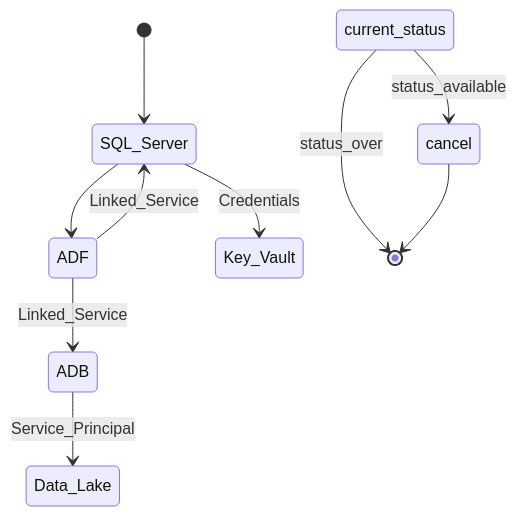
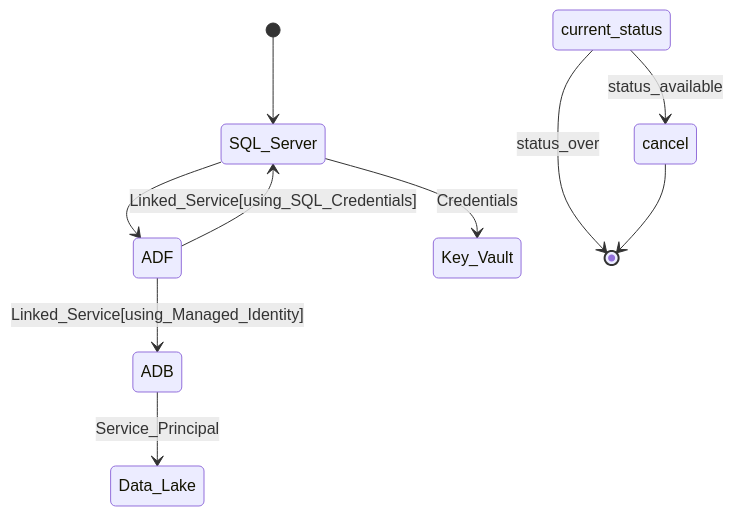
One commit to vijganji99/strada-DE-Infra changed the diagram in README.md. Above: the diagram before and after it, drawn with Mermaid.

````diff
--- a/README.md
+++ b/README.md
@@ -16,12 +16,12 @@
 ```mermaid
 stateDiagram-v2
     [*] --> SQL_Server
     SQL_Server --> ADF
     SQL_Server --> Key_Vault:Credentials 
-    ADF --> SQL_Server:Linked_Service
-    ADF --> ADB:Linked_Service
+    ADF --> SQL_Server:Linked_Service[using_SQL_Credentials]
+    ADF --> ADB:Linked_Service[using_Managed_Identity]
     ADB --> Data_Lake:Service_Principal
     current_status --> cancel: status_available
     current_status --> [*]: status_over
     cancel --> [*]
 ```
````
